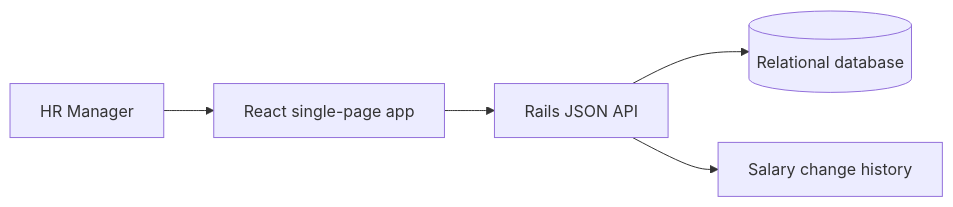
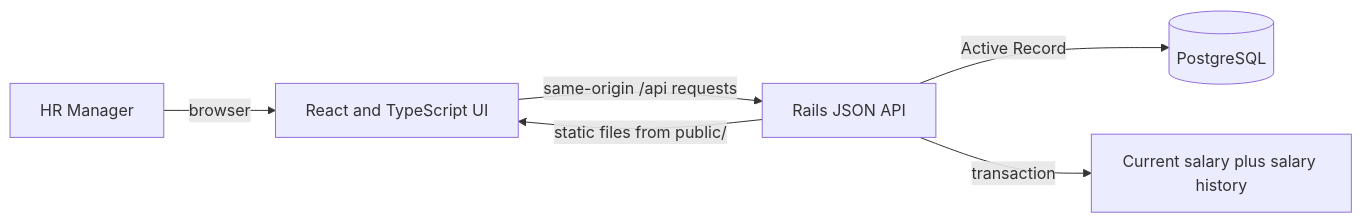
The diagram in docs/design.md (ronak-jain-star/acme-salary-management), drawn with Mermaid before and after one commit. The commit also changed other lines of this file and 4 other files, not shown here.

````diff
--- a/docs/design.md
+++ b/docs/design.md
@@ -5,7 +5,8 @@
 ```mermaid
 flowchart LR
-  HR[HR Manager] --> UI[React single-page app]
-  UI --> API[Rails JSON API]
-  API --> DB[(Relational database)]
-  API --> Audit[Salary change history]
+  HR[HR Manager] -->|browser| React[React and TypeScript UI]
+  React -->|same-origin /api requests| Rails[Rails JSON API]
+  Rails -->|Active Record| PostgreSQL[(PostgreSQL)]
+  Rails -->|static files from public/| React
+  Rails -->|transaction| Salary[Current salary plus salary history]
 ```
````
